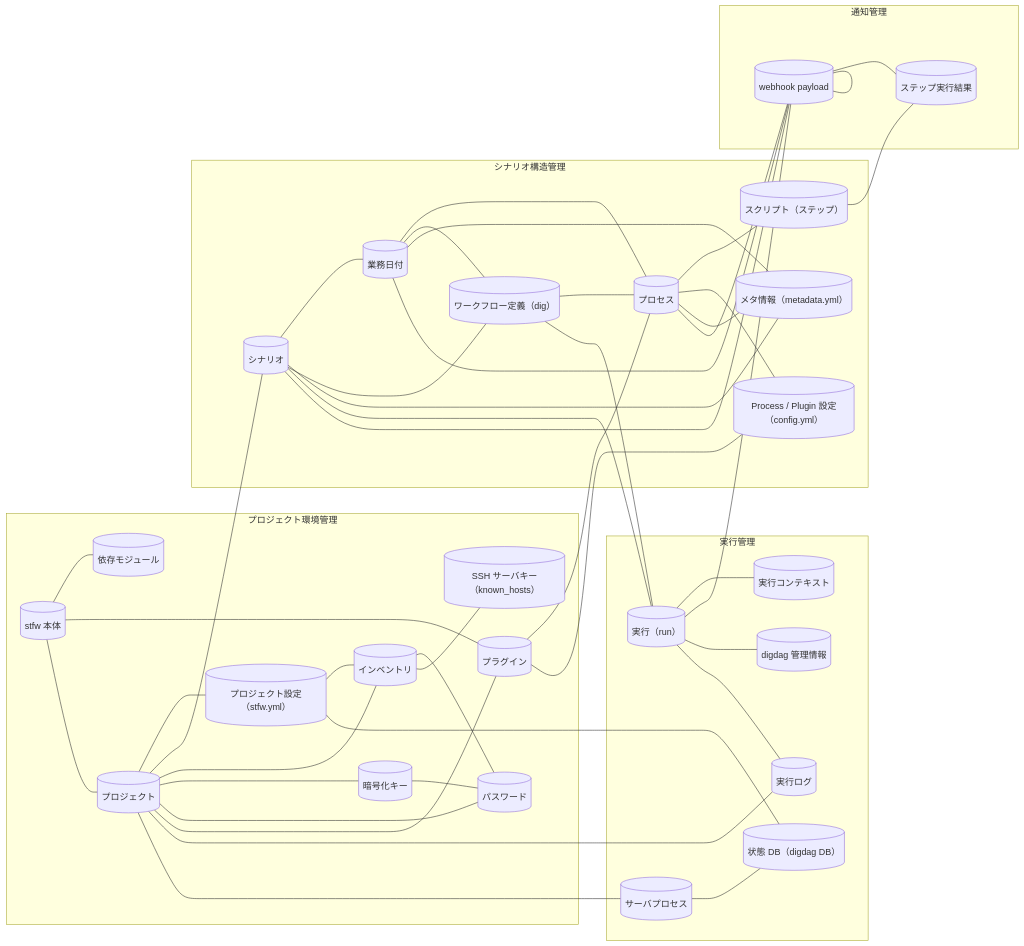
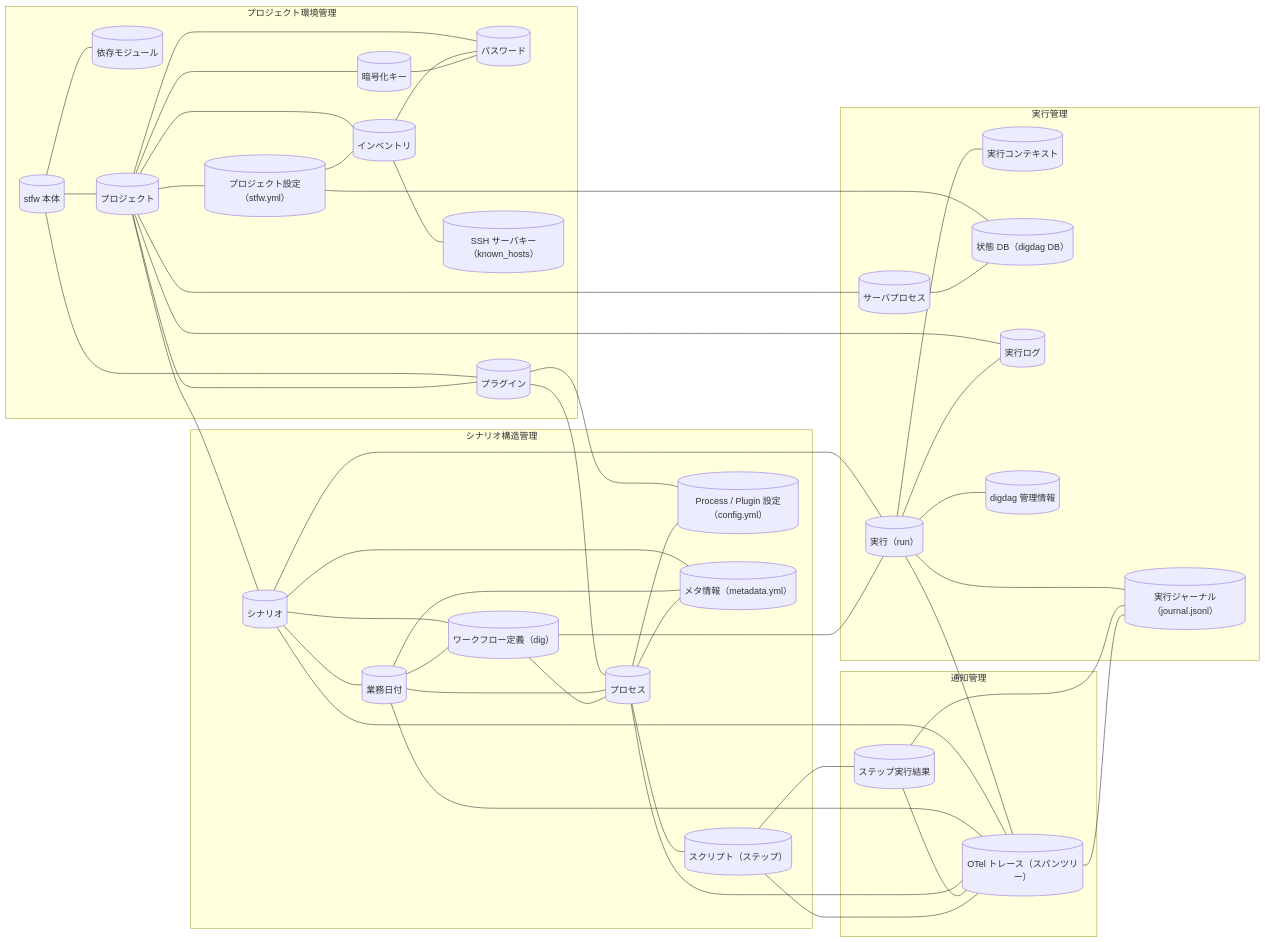
Before and after one commit to scenario-test-framework/stfw: the diagram in docs/rdra/latest/views/05_情報モデル.md, drawn with Mermaid. The commit also changed other lines of this file and 26 other files, not shown here.

First line of the commit message:
docs(requirements): webhook 通知を OTel トレースに置換 (REQ-005→REQ-009/010)

````diff
--- a/docs/rdra/latest/views/05_情報モデル.md
+++ b/docs/rdra/latest/views/05_情報モデル.md
@@ -7,76 +7,80 @@
 ```mermaid
 graph LR
   subgraph CX1["プロジェクト環境管理"]
     IF1[("stfw 本体")]
     IF2[("依存モジュール")]
     IF3[("プロジェクト")]
     IF4[("プロジェクト設定（stfw.yml）")]
     IF5[("インベントリ")]
     IF6[("暗号化キー")]
     IF7[("パスワード")]
     IF8[("プラグイン")]
     IF9[("SSH サーバキー（known_hosts）")]
   end
   subgraph CX2["シナリオ構造管理"]
     IF10[("シナリオ")]
     IF11[("業務日付")]
     IF12[("プロセス")]
     IF13[("スクリプト（ステップ）")]
     IF14[("Process / Plugin 設定（config.yml）")]
     IF15[("メタ情報（metadata.yml）")]
     IF16[("ワークフロー定義（dig）")]
   end
   subgraph CX3["実行管理"]
     IF17[("実行（run）")]
     IF18[("実行コンテキスト")]
     IF19[("サーバプロセス")]
     IF20[("状態 DB（digdag DB）")]
     IF21[("実行ログ")]
     IF22[("digdag 管理情報")]
+    IF23[("実行ジャーナル（journal.jsonl）")]
   end
   subgraph CX4["通知管理"]
-    IF23[("webhook payload")]
     IF24[("ステップ実行結果")]
+    IF25[("OTel トレース（スパンツリー）")]
   end
   IF1 --- IF2
   IF1 --- IF8
   IF1 --- IF3
   IF3 --- IF4
   IF3 --- IF10
   IF3 --- IF5
   IF3 --- IF6
   IF3 --- IF7
   IF3 --- IF8
   IF3 --- IF21
   IF3 --- IF19
   IF4 --- IF5
   IF4 --- IF20
   IF5 --- IF7
   IF5 --- IF9
   IF6 --- IF7
   IF8 --- IF12
   IF8 --- IF14
   IF10 --- IF11
   IF10 --- IF16
   IF10 --- IF15
   IF10 --- IF17
-  IF10 --- IF23
+  IF10 --- IF25
   IF11 --- IF12
   IF11 --- IF16
   IF11 --- IF15
-  IF11 --- IF23
+  IF11 --- IF25
   IF12 --- IF13
   IF12 --- IF14
   IF12 --- IF15
-  IF12 --- IF23
+  IF12 --- IF25
   IF13 --- IF24
   IF16 --- IF12
   IF16 --- IF17
   IF17 --- IF18
   IF17 --- IF23
+  IF17 --- IF25
   IF17 --- IF22
   IF17 --- IF21
   IF19 --- IF20
-  IF23 --- IF24
-  IF23 --- IF23
+  IF24 --- IF25
+  IF24 --- IF23
+  IF25 --- IF23
+  IF25 --- IF13
 ```
````
